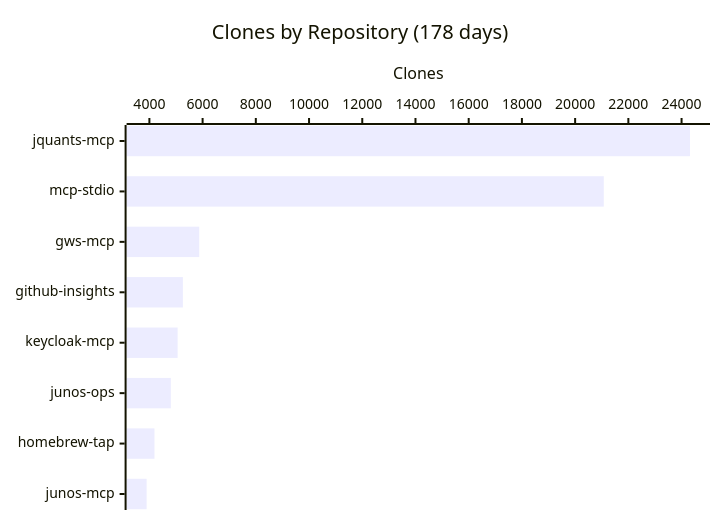
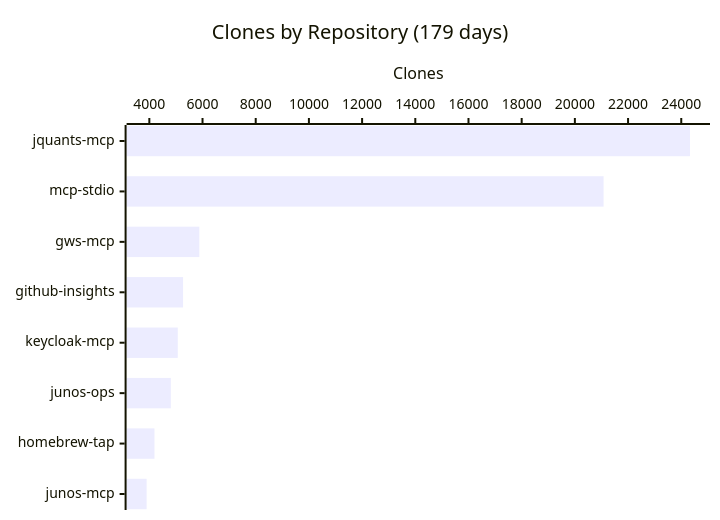
Before and after one commit to shigechika/github-insights: the fourth of 4 diagrams in README.md, drawn with Mermaid. The commit also changed other lines of this file and 2 other files, not shown here.

````diff
--- a/README.md
+++ b/README.md
@@ -58,7 +58,7 @@
 ```mermaid
 xychart-beta horizontal
-    title "Clones by Repository (178 days)"
+    title "Clones by Repository (179 days)"
     x-axis ["jquants-mcp", "mcp-stdio", "gws-mcp", "github-insights", "keycloak-mcp", "junos-ops", "homebrew-tap", "junos-mcp"]
     y-axis "Clones"
-    bar [24316, 21077, 5872, 5259, 5062, 4806, 4191, 3896]
+    bar [24328, 21080, 5880, 5269, 5069, 4808, 4193, 3898]
 ```
````
